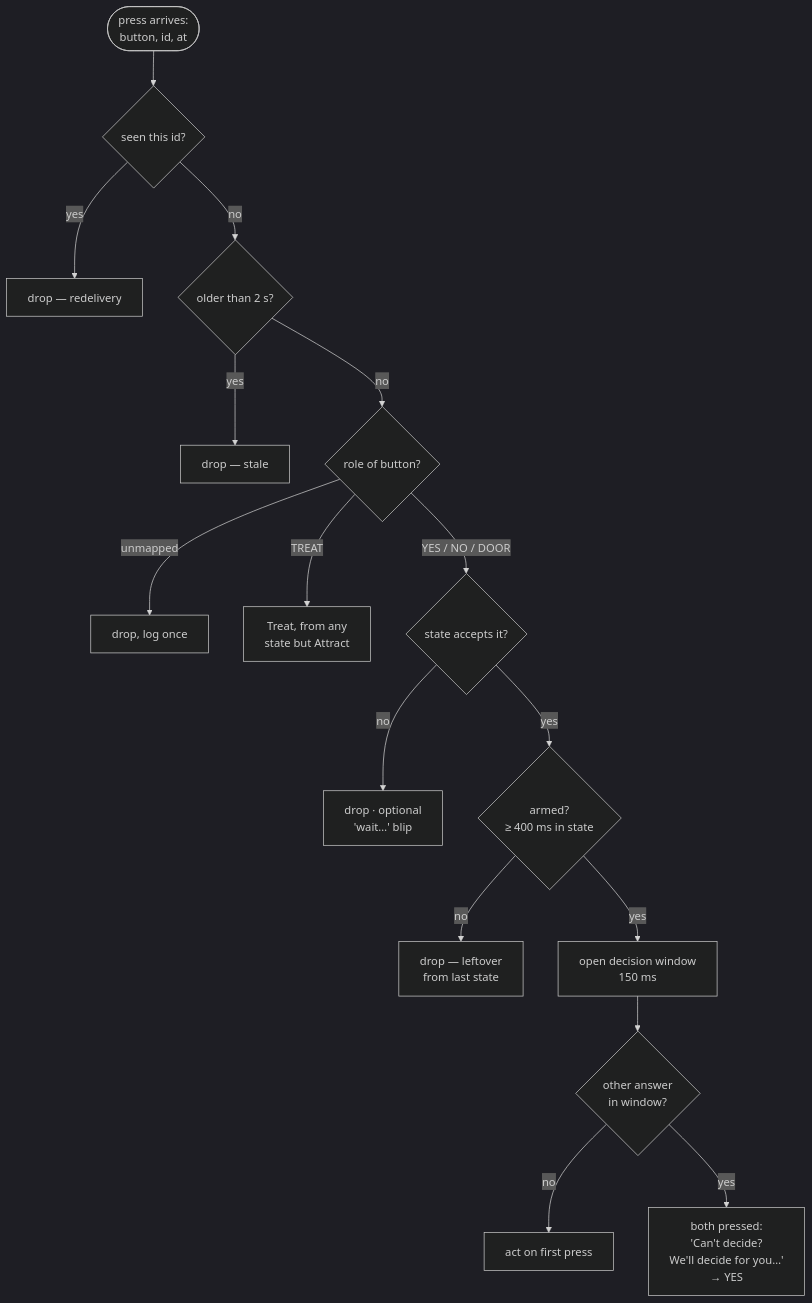
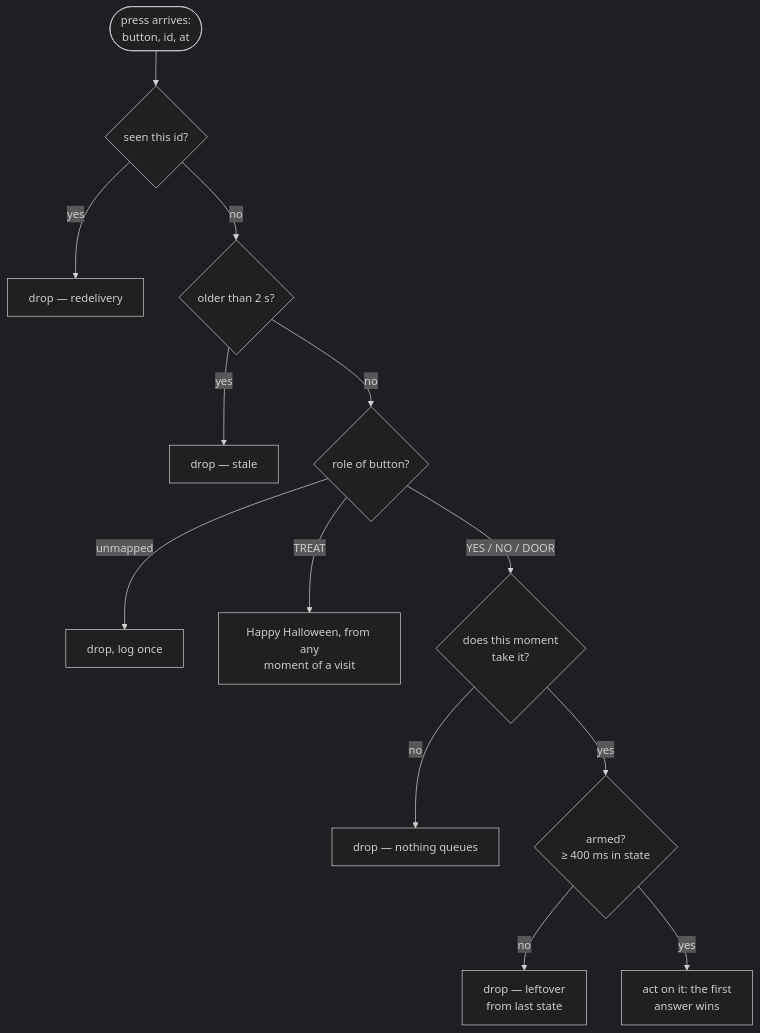
Before and after one commit to paperclipmonkey/facade-mapper: the third of 4 diagrams in docs/button-game.md, drawn with Mermaid (dark theme). The commit also changed other lines of this file and 12 other files, not shown here.

First line of the commit message:
Simplify the button game: nine moments, two-minute timeouts, Happy Halloween goodbye

````diff
--- a/docs/button-game.md
+++ b/docs/button-game.md
@@ -249,18 +234,15 @@
 ```mermaid
 flowchart TD
   P([press arrives:<br/>button, id, at]) --> D{seen this id?}
   D -->|yes| X1[drop — redelivery]
   D -->|no| S{older than 2 s?}
   S -->|yes| X2[drop — stale]
   S -->|no| R{role of button?}
   R -->|unmapped| X3[drop, log once]
-  R -->|TREAT| TR[Treat, from any<br/>state but Attract]
-  R -->|YES / NO / DOOR| L{state accepts it?}
-  L -->|no| FB[drop · optional<br/>'wait…' blip]
+  R -->|TREAT| TR[Happy Halloween, from any<br/>moment of a visit]
+  R -->|YES / NO / DOOR| L{does this moment<br/>take it?}
+  L -->|no| FB[drop — nothing queues]
   L -->|yes| AR{armed?<br/>≥ 400 ms in state}
   AR -->|no| X4[drop — leftover<br/>from last state]
-  AR -->|yes| W[open decision window<br/>150 ms]
-  W --> C{other answer<br/>in window?}
-  C -->|no| GO[act on first press]
-  C -->|yes| BOTH[both pressed:<br/>'Can't decide?<br/>We'll decide for you…'<br/>→ YES]
+  AR -->|yes| GO[act on it: the first<br/>answer wins]
 ```
````
